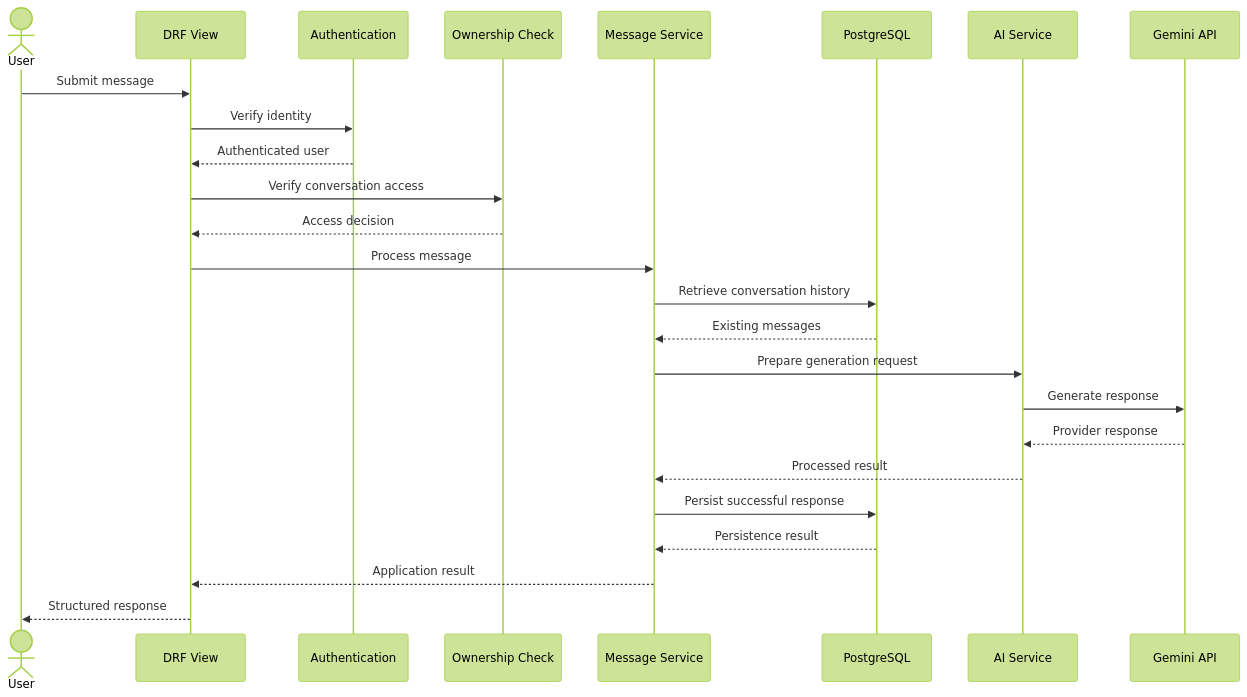
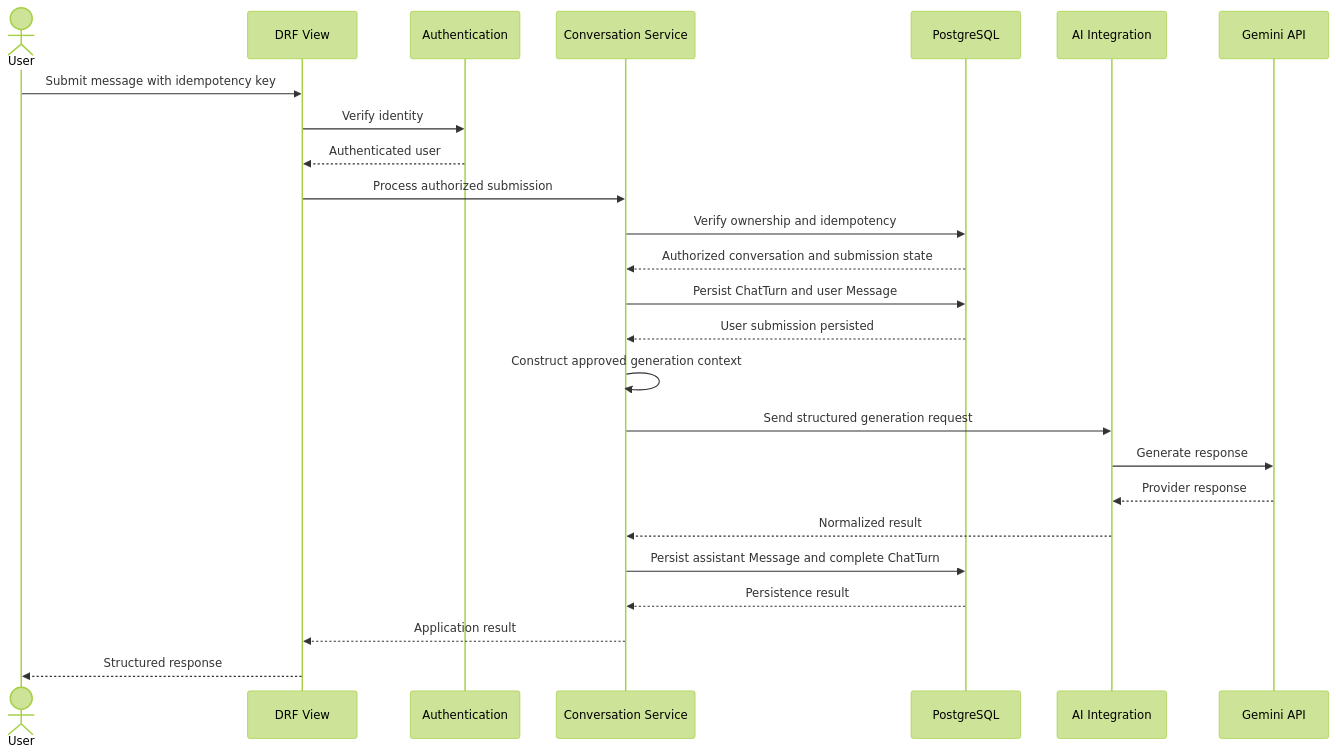
One commit to tamirattezera/nexamind changed the second of 2 diagrams in docs/02-system-design/backend-architecture.md. Above: the diagram before and after it, drawn with Mermaid (forest theme). The commit also changed other lines of this file and 1 other file, not shown here.

Commit message:
docs(architecture): update backend and database design

````diff
--- a/docs/02-system-design/backend-architecture.md
+++ b/docs/02-system-design/backend-architecture.md
@@ -581,28 +601,28 @@
 ```mermaid
 sequenceDiagram
     actor User
     participant API as DRF View
     participant Auth as Authentication
-    participant Permission as Ownership Check
-    participant Service as Message Service
+    participant Service as Conversation Service
     participant DB as PostgreSQL
-    participant AI as AI Service
+    participant AI as AI Integration
     participant Gemini as Gemini API
 
-    User->>API: Submit message
+    User->>API: Submit message with idempotency key
     API->>Auth: Verify identity
     Auth-->>API: Authenticated user
-    API->>Permission: Verify conversation access
-    Permission-->>API: Access decision
-    API->>Service: Process message
-    Service->>DB: Retrieve conversation history
-    DB-->>Service: Existing messages
-    Service->>AI: Prepare generation request
+    API->>Service: Process authorized submission
+    Service->>DB: Verify ownership and idempotency
+    DB-->>Service: Authorized conversation and submission state
+    Service->>DB: Persist ChatTurn and user Message
+    DB-->>Service: User submission persisted
+    Service->>Service: Construct approved generation context
+    Service->>AI: Send structured generation request
     AI->>Gemini: Generate response
     Gemini-->>AI: Provider response
-    AI-->>Service: Processed result
-    Service->>DB: Persist successful response
+    AI-->>Service: Normalized result
+    Service->>DB: Persist assistant Message and complete ChatTurn
     DB-->>Service: Persistence result
     Service-->>API: Application result
     API-->>User: Structured response
 ```
````
